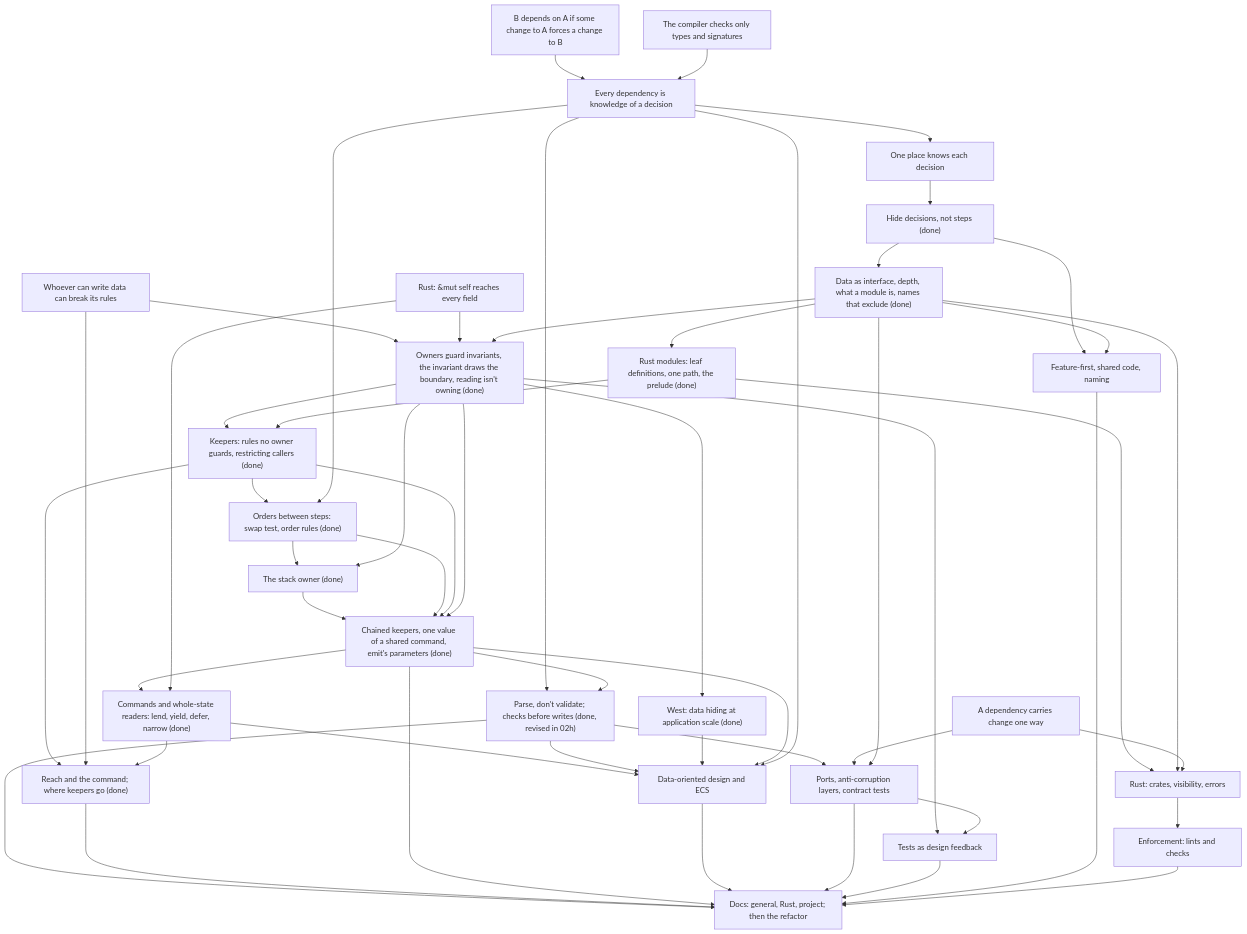
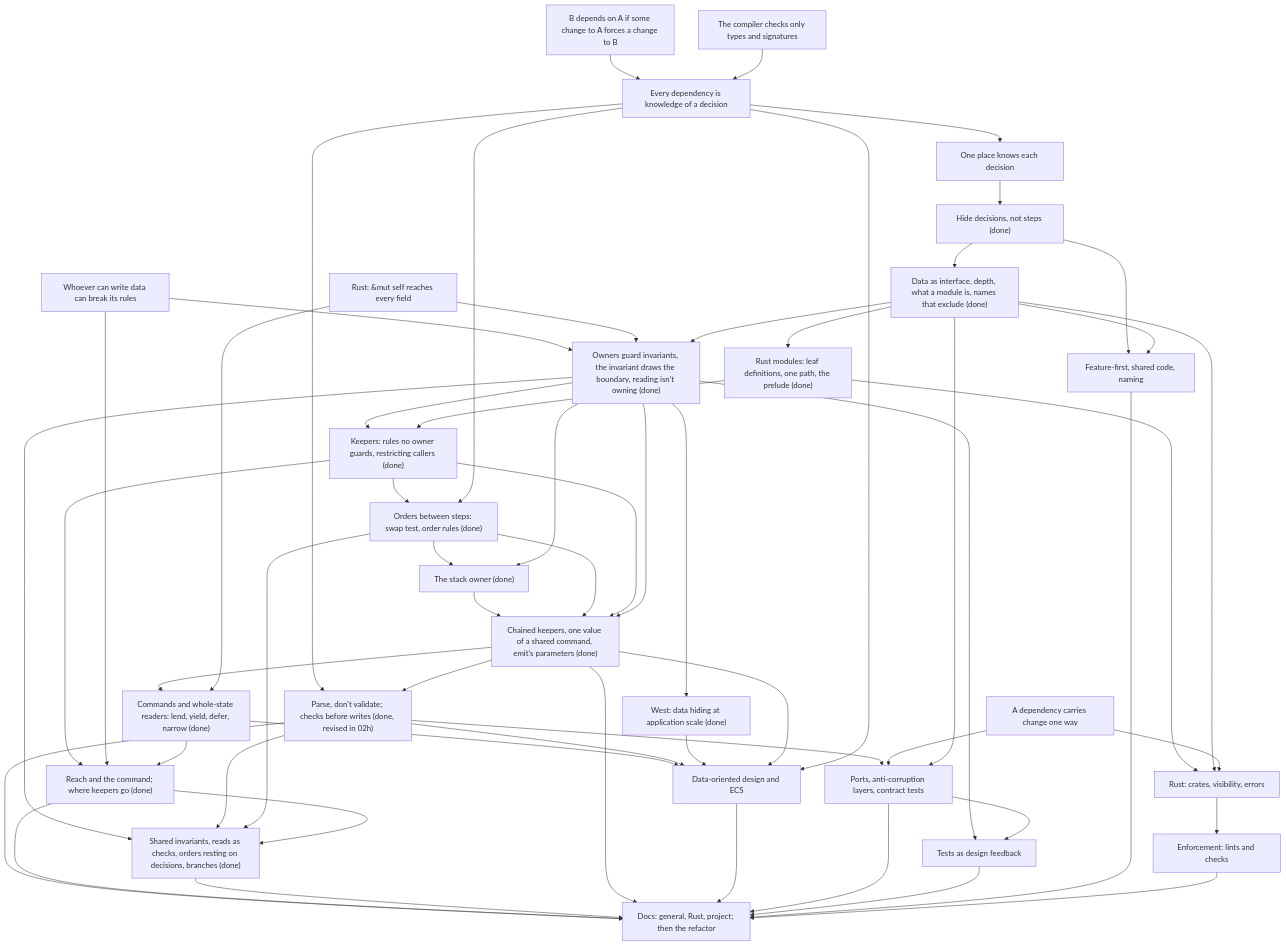
Before and after one commit to EMachad0/CardGameEngine: the diagram in docs/course/architecture/COURSE.md, drawn with Mermaid. The commit also changed other lines of this file and 5 other files, not shown here.

First line of the commit message:
Architecture session 02j: shared invariants, reads as checks, free orders resting on decisions, per-branch reach (#85)

```diff
--- a/docs/course/architecture/COURSE.md
+++ b/docs/course/architecture/COURSE.md
@@ -797,6 +824,7 @@
   PDV["Parse, don't validate; checks before writes (done, revised in 02h)"]
   CMD["Commands and whole-state readers: lend, yield, defer, narrow (done)"]
   RCH["Reach and the command; where keepers go (done)"]
+  J["Shared invariants, reads as checks, orders resting on decisions, branches (done)"]
   DOD["Data-oriented design and ECS"]
   P["Ports, anti-corruption layers, contract tests"]
   T["Tests as design feedback"]
@@ -837,6 +865,11 @@
   R2-->RCH
   CMD-->RCH
   RCH-->DOCS
+  O-->J
+  PDV-->J
+  ORD-->J
+  RCH-->J
+  J-->DOCS
   W-->DOD
   C-->DOD
   R1-->DOD
```
